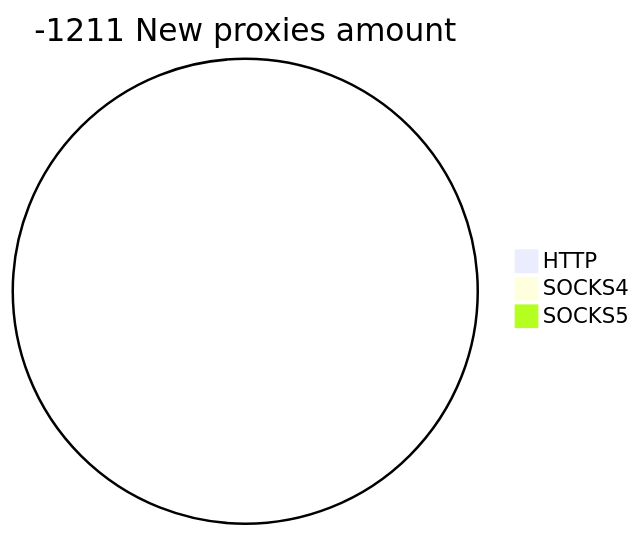
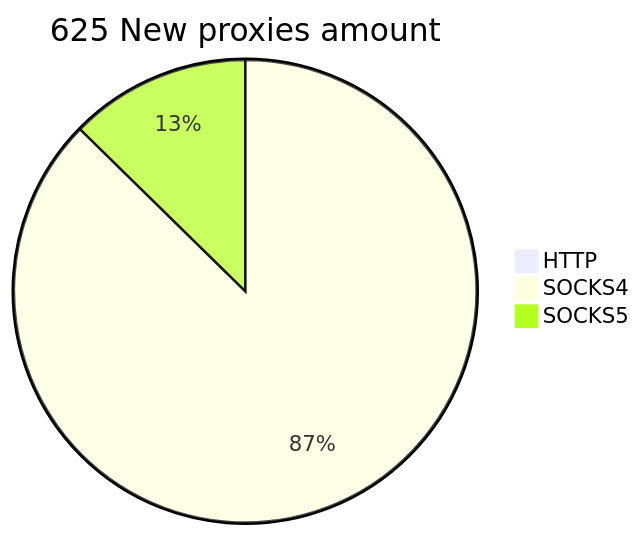
The second of 2 diagrams in README.md (cutipu/proxylist), drawn with Mermaid before and after one commit. The commit also changed other lines of this file, not shown here.

````diff
--- a/README.md
+++ b/README.md
@@ -10,6 +10,6 @@
 ```mermaid
-pie title -1211 New proxies amount
+pie title 625 New proxies amount
     "HTTP" : 0
-    "SOCKS4" : 0
-    "SOCKS5" : 0
+    "SOCKS4" : 573
+    "SOCKS5" : 83
 ```
````
